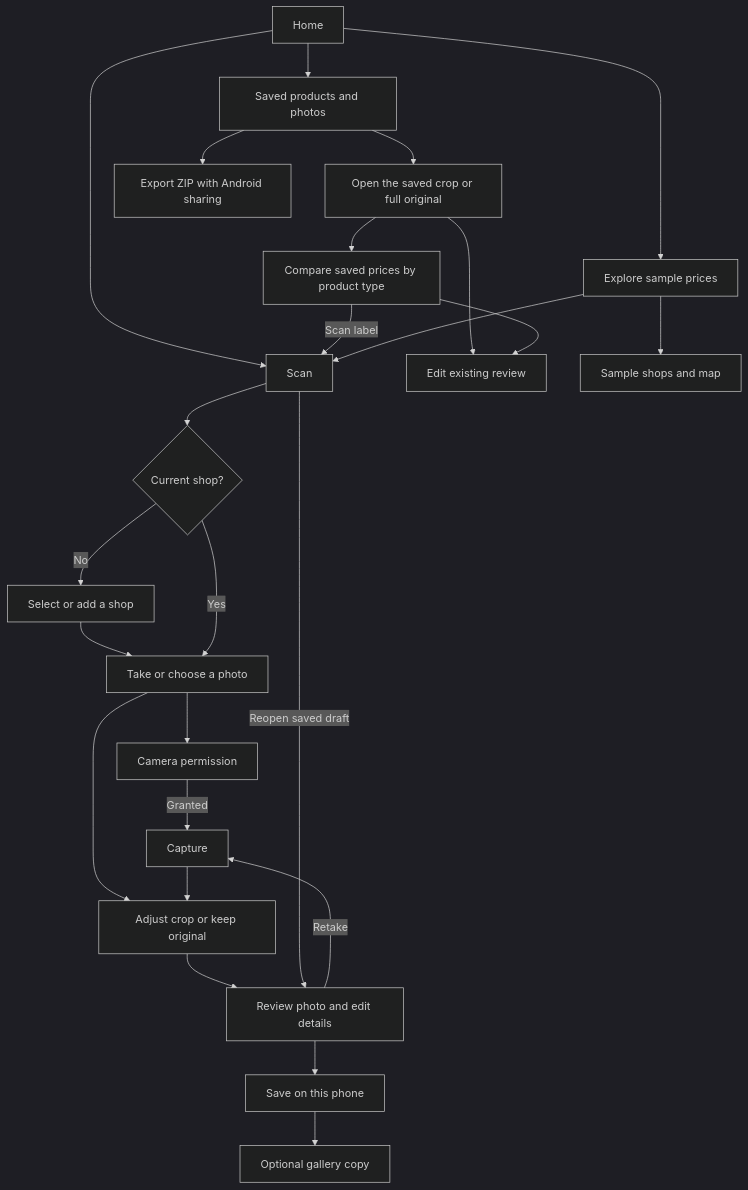
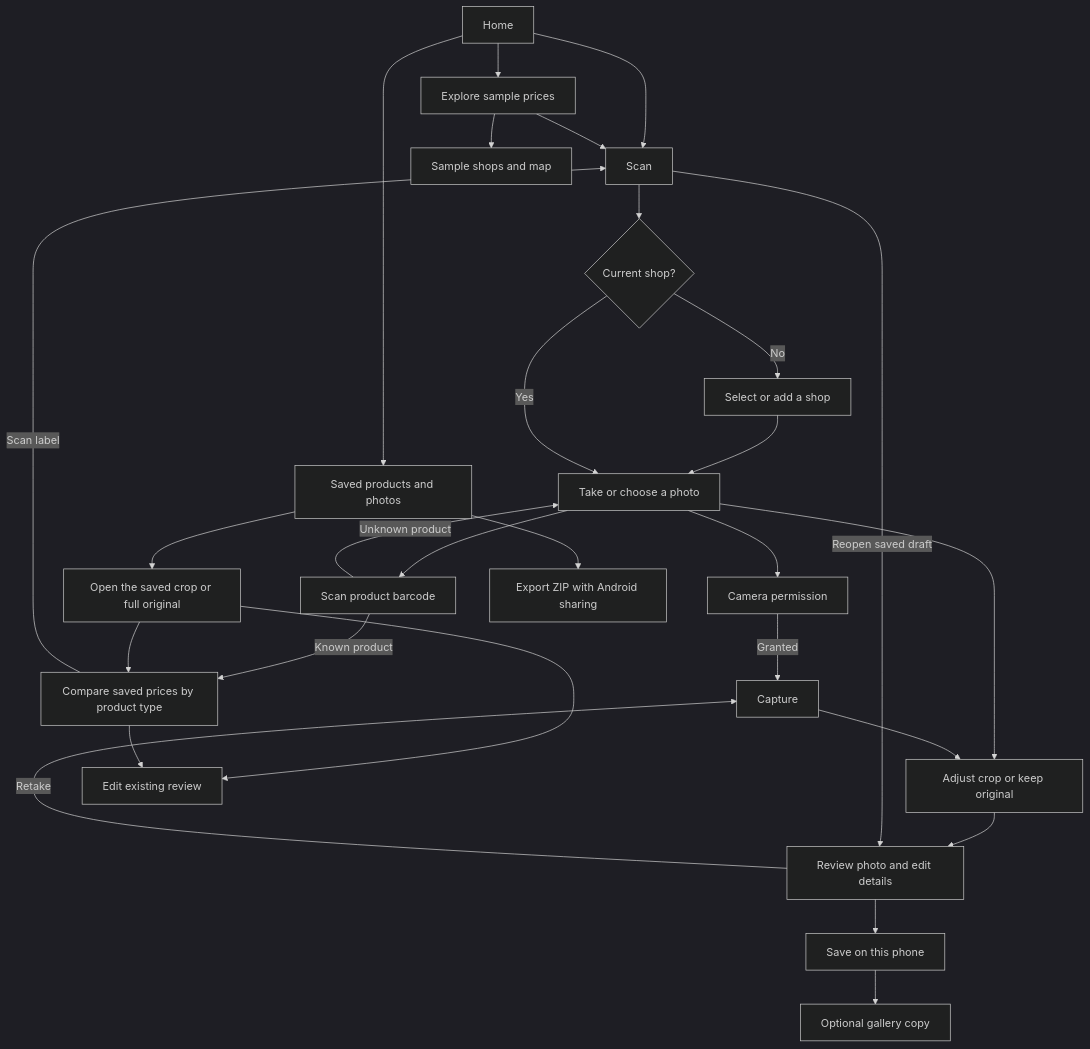
Before and after one commit to Maratatasan/cheapo-app: the diagram in docs/app-map.md, drawn with Mermaid (dark theme). The commit also changed other lines of this file and 16 other files, not shown here.

````diff
--- a/docs/app-map.md
+++ b/docs/app-map.md
@@ -11,27 +11,30 @@
 ```mermaid
 flowchart TD
     Home --> Scan
     Scan --> CurrentShop{"Current shop?"}
     CurrentShop -->|No| ChooseShop["Select or add a shop"]
     ChooseShop --> Source["Take or choose a photo"]
     CurrentShop -->|Yes| Source
+    Source --> Barcode["Scan product barcode"]
+    Barcode -->|Known product| Compare
+    Barcode -->|Unknown product| Source
     Source --> Permission["Camera permission"]
     Source --> Crop
     Permission -->|Granted| Capture
     Capture --> Crop["Adjust crop or keep original"]
     Crop --> Review["Review photo and edit details"]
     Review -->|Retake| Capture
     Review --> Save["Save on this phone"]
     Save --> Gallery["Optional gallery copy"]
     Home --> Saved["Saved products and photos"]
     Saved --> SavedPhoto["Open the saved crop or full original"]
     SavedPhoto --> Compare["Compare saved prices by product type"]
     SavedPhoto --> Edit["Edit existing review"]
     Compare --> Edit
     Compare -->|Scan label| Scan
     Saved --> Export["Export ZIP with Android sharing"]
     Scan -->|Reopen saved draft| Review
     Home --> Results["Explore sample prices"]
     Results --> Shops["Sample shops and map"]
     Results --> Scan
 ```
````
